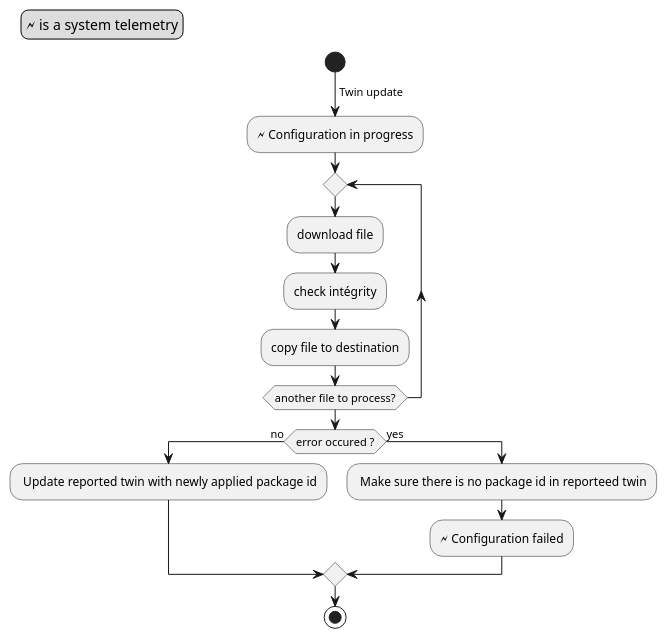
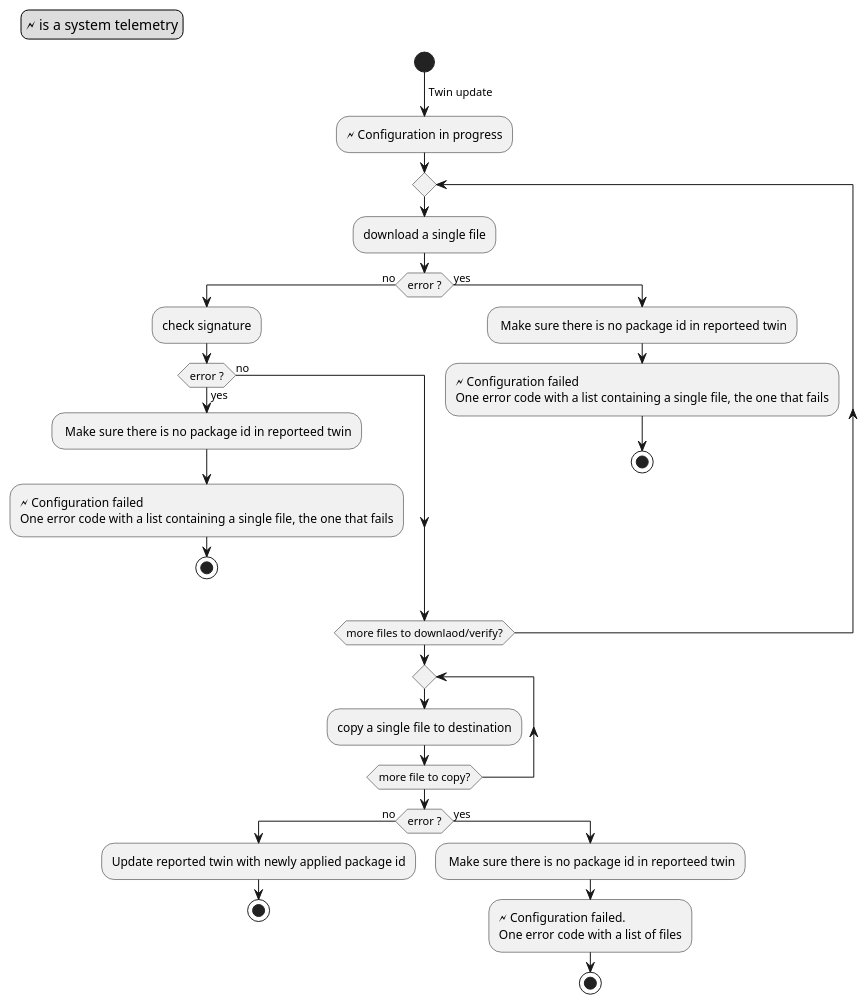
The diagram in config-states-and-events.puml (se-edge/framework-diagrams), drawn with PlantUML before and after one commit.

Commit message:
Rework after spec modification

```diff
--- a/config-states-and-events.puml
+++ b/config-states-and-events.puml
@@ -1,22 +1,43 @@
 @startuml
 legend top left
   🗲 is a system telemetry
 endlegend
 
 start
 -> Twin update;
 :🗲 Configuration in progress;
+'For each file
+repeat 
+:download a single file;
+if (error ?) then (no)
+:check signature;
+  if (error ?) then (no)
+'Signature verification error
+  else (yes)
+    : Make sure there is no package id in reporteed twin;
+    :🗲 Configuration failed
+    One error code with a list containing a single file, the one that fails;
+    stop
+  endif
+'Download error
+else (yes)
+    : Make sure there is no package id in reporteed twin;
+    :🗲 Configuration failed
+    One error code with a list containing a single file, the one that fails;
+    stop
+endif
+repeat while (more files to downlaod/verify?)
+
 repeat
-  :download file;
-  :check intégrity;
-  :copy file to destination;
-repeat while (another file to process?)
-
-if (error occured ?) then (no)
-  : Update reported twin with newly applied package id;
+  :copy a single file to destination;
+repeat while (more file to copy?)
+if (error ?) then (no)
+  :Update reported twin with newly applied package id;
+  stop
 else (yes)
-  : Make sure there is no package id in reporteed twin;
-  :🗲 Configuration failed;
+      : Make sure there is no package id in reporteed twin;
+      :🗲 Configuration failed.
+      One error code with a list of files;
+stop
 endif
-stop
 @enduml
```
